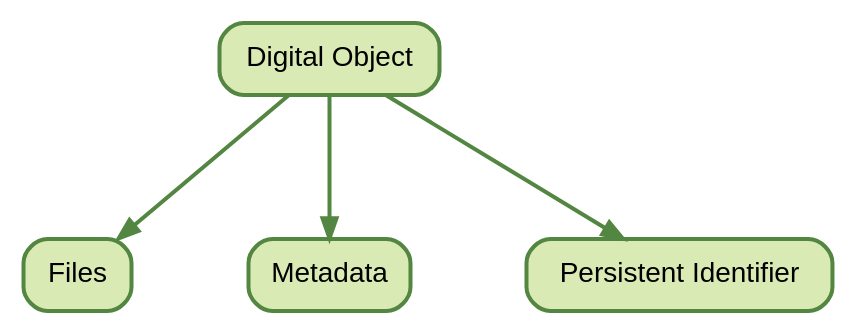
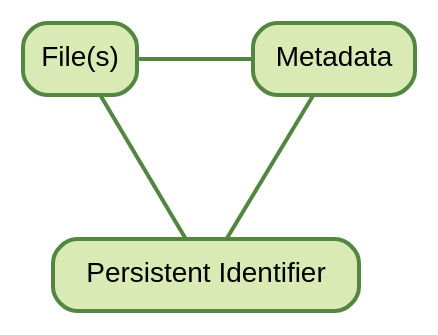
The first of 3 diagrams in book/digital-object.qmd (chStaiger/rdm-tech-foundations), drawn with Graphviz before and after one commit. The commit also changed other lines of this file and 3 other files, not shown here.

````diff
--- a/book/digital-object.qmd
+++ b/book/digital-object.qmd
@@ -13,51 +15,50 @@
 ```{dot}
 //| label: fig-1
 //| fig-cap: The Digital Object
 //| fig-align: center
-//| fig-width: 6
+//| fig-width: 3
 //| output: svg
 
-digraph digital_object {
+graph Triangle {
 
     graph [
         rankdir=TB,
         bgcolor="white",
         fontname="Helvetica",
         fontsize=14,
         nodesep=0.8,
         ranksep=1.0
-    ];
+    ]
 
     node [
         shape=box,
         style="rounded,filled",
         fontname="Helvetica",
         fontsize=14,
         color="#528641",
         fillcolor="#DAEAB4",
         penwidth=2,
         sketch=1
-    ];
+    ]
 
     edge [
         fontname="Helvetica",
         fontsize=16,
         color="#528641",
         fontcolor="#528641",
         penwidth=2
-    ];
-
-    // Main digital object
-    A [label="Digital Object"];
+    ]
 
     // Components
-    B [label="Files"];
-    C [label="Metadata"];
-    D [label="Persistent Identifier"];
+    B [label="File(s)"]
+    C [label="Metadata"]
+    D [label="Persistent Identifier"]
 
     // Relationships
-    A -> B;
-    A -> C;
-    A -> D;
+    B -- C
+    C -- D
+    D -- B
+
+    { rank=same; B; C; }
 }
 ```
````
